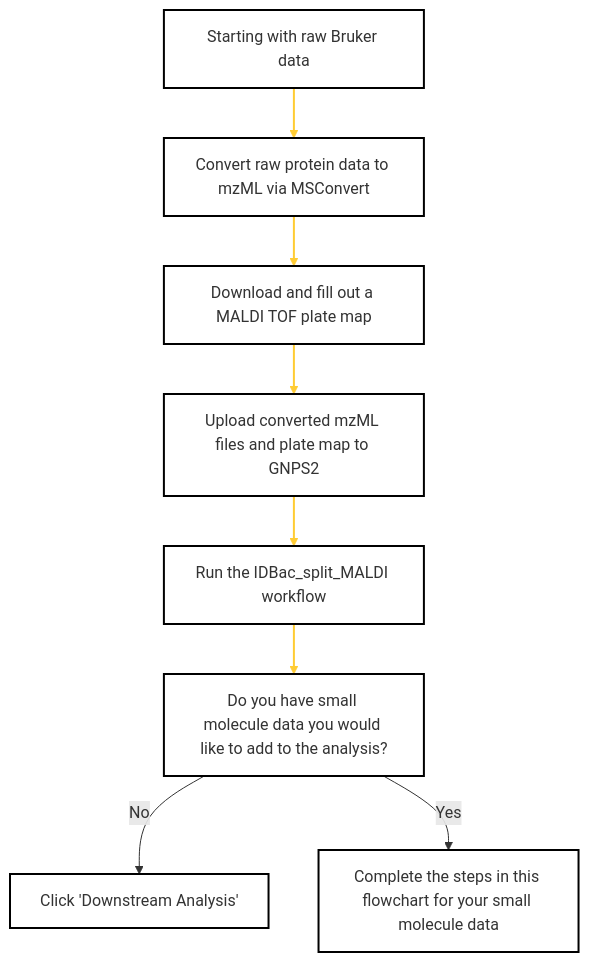
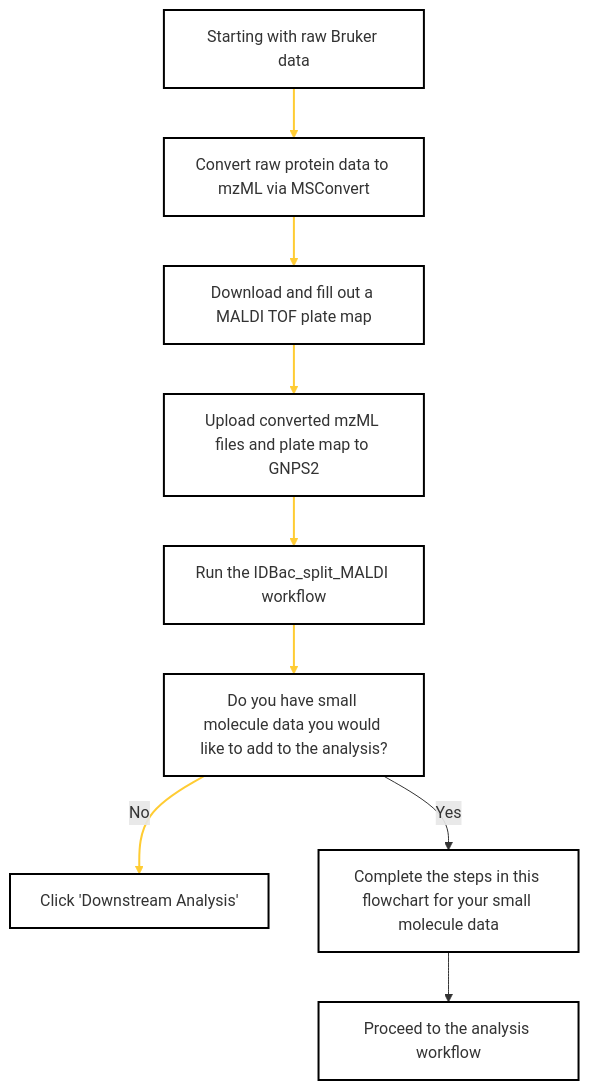
One commit to Wang-Bioinformatics-Lab/GNPS2_Documentation changed the diagram in docs/idbac-brukerstart-here.md. Above: the diagram before and after it, drawn with Mermaid. The commit also changed other lines of this file, not shown here.

````diff
--- a/docs/idbac-brukerstart-here.md
+++ b/docs/idbac-brukerstart-here.md
@@ -8,31 +10,36 @@
 ```mermaid
 flowchart TD
     A[Starting with raw Bruker data] --> B[Convert raw protein data to mzML via MSConvert]
     B --> C[Download and fill out a MALDI TOF plate map]
     C --> D[Upload converted mzML files and plate map to GNPS2]
     D --> E[Run the IDBac_split_MALDI workflow]
     E --> F[Do you have small molecule data you would like to add to the analysis?]
     F --> |No| G[Click 'Downstream Analysis']
     F --> |Yes| H[Complete the steps in this flowchart for your small molecule data]
+    H --> I[Proceed to the analysis workflow]
     click B href "https://proteowizard.sourceforge.io/"
     click C href "https://docs.google.com/spreadsheets/d/1ihFy6lQyJtWy9fp46ahMPWk7xLp2tJ3q/edit?usp=sharing&ouid=102573514213912402103&rtpof=true&sd=true"
     click D href "https://gnps2.org/homepage"
     click E href "https://gnps2.org/workflowinput?workflowname=idbac_split_maldi_workflow"
+    click I href "https://gnps2.org/workflowinput?workflowname=idbac_analysis_workflow"
 
  %% Styling
     style A fill:#FFFFFF,stroke:#000000,stroke-width:2px
     style B fill:#FFFFFF,stroke:#000000,stroke-width:2px
     style C fill:#FFFFFF,stroke:#000000,stroke-width:2px
     style D fill:#FFFFFF,stroke:#000000,stroke-width:2px
     style E fill:#FFFFFF,stroke:#000000,stroke-width:2px
     style F fill:#FFFFFF,stroke:#000000,stroke-width:2px
     style G fill:#FFFFFF,stroke:#000000,stroke-width:2px
     style H fill:#FFFFFF,stroke:#000000,stroke-width:2px
+    style I fill:#FFFFFF,stroke:#000000,stroke-width:2px
     
-    %% Link Styling
+%% Link Styling
     linkStyle 0 stroke:#ffcc33,stroke-width:2px
     linkStyle 1 stroke:#ffcc33,stroke-width:2px
     linkStyle 2 stroke:#ffcc33,stroke-width:2px
     linkStyle 3 stroke:#ffcc33,stroke-width:2px
     linkStyle 4 stroke:#ffcc33,stroke-width:2px
+    linkStyle 5 stroke:#ffcc33,stroke-width:2px
+
 ```
````
